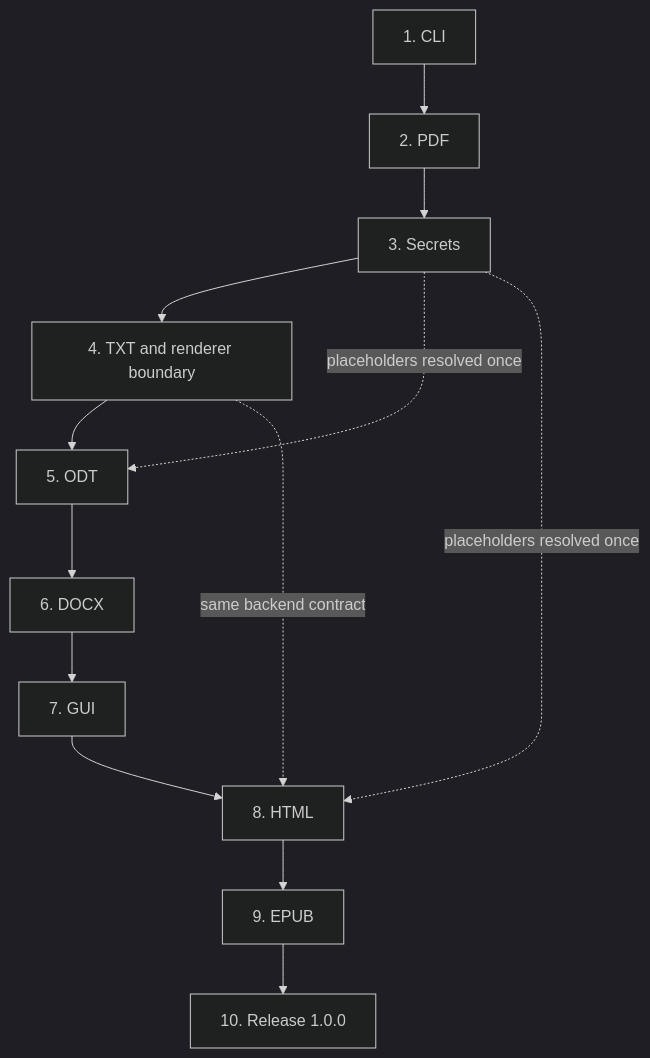
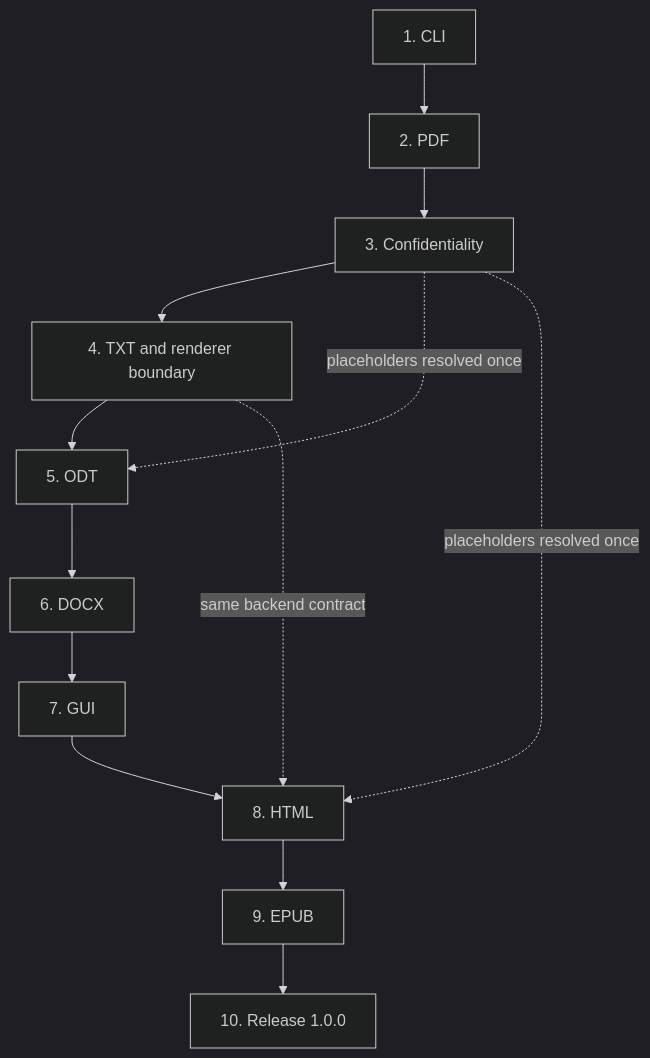
Before and after one commit to Tralen/pageformer: the diagram in docs/roadmap.md, drawn with Mermaid (dark theme). The commit also changed other lines of this file and 15 other files, not shown here.

````diff
--- a/docs/roadmap.md
+++ b/docs/roadmap.md
@@ -20,15 +20,15 @@
 ```mermaid
 flowchart TD
     CLI[1. CLI] --> PDF[2. PDF]
-    PDF --> Secrets[3. Secrets]
-    Secrets --> TXT[4. TXT and renderer boundary]
+    PDF --> Confidentiality[3. Confidentiality]
+    Confidentiality --> TXT[4. TXT and renderer boundary]
     TXT --> ODT[5. ODT]
     ODT --> DOCX[6. DOCX]
     DOCX --> GUI[7. GUI]
     GUI --> HTML[8. HTML]
     HTML --> EPUB[9. EPUB]
     EPUB --> Release[10. Release 1.0.0]
-    Secrets -. placeholders resolved once .-> ODT
-    Secrets -. placeholders resolved once .-> HTML
+    Confidentiality -. placeholders resolved once .-> ODT
+    Confidentiality -. placeholders resolved once .-> HTML
     TXT -. same backend contract .-> HTML
 ```
````
